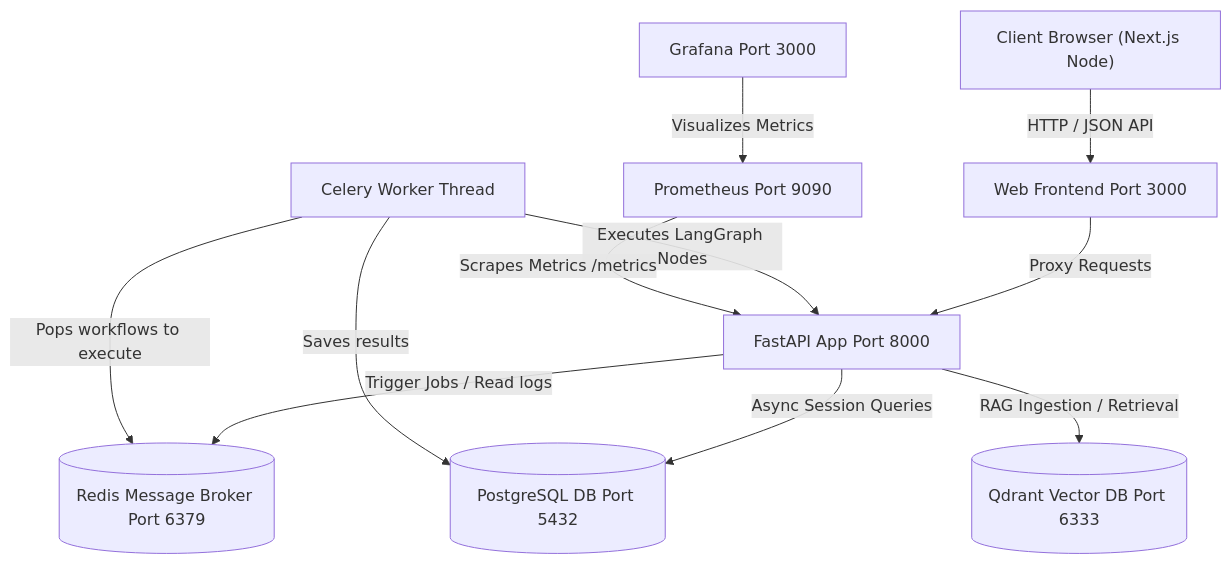
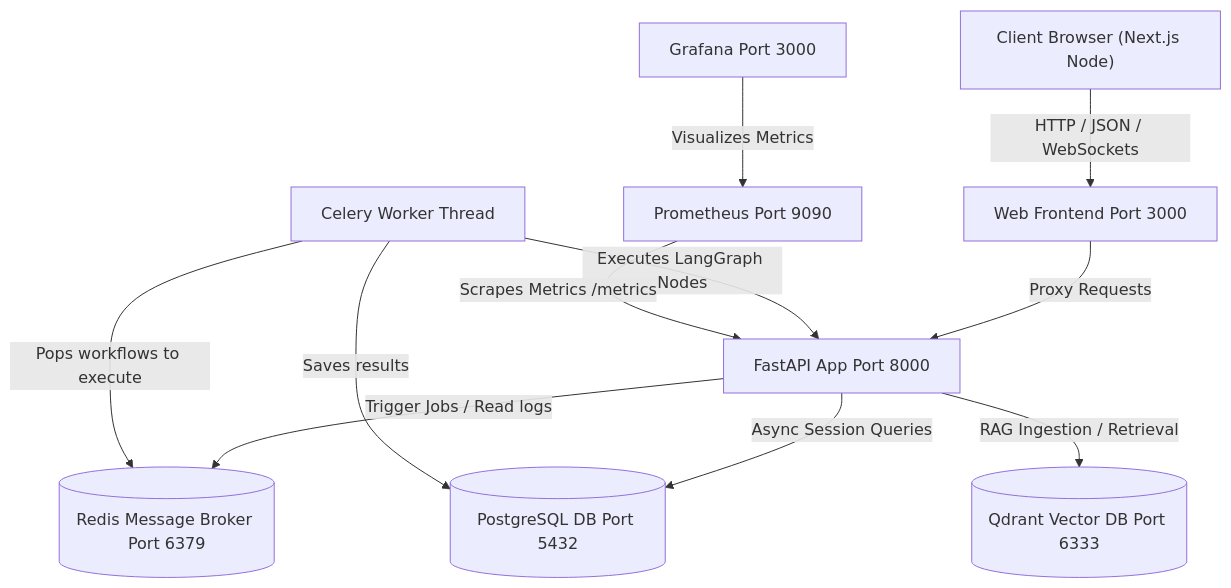
One commit to vinayiet/AI-Startup-Co-Founder-SaaS-Platform changed the first of 3 diagrams in README.md. Above: the diagram before and after it, drawn with Mermaid. The commit also changed other lines of this file and 11 other files, not shown here.

````diff
--- a/README.md
+++ b/README.md
@@ -24,23 +27,23 @@
 ```mermaid
 graph TD
     User["Client Browser (Next.js Node)"]
     Nginx["Web Frontend Port 3000"]
     API["FastAPI App Port 8000"]
     Celery["Celery Worker Thread"]
     DB[("PostgreSQL DB Port 5432")]
     Cache[("Redis Message Broker Port 6379")]
     Vector[("Qdrant Vector DB Port 6333")]
     Prometheus["Prometheus Port 9090"]
     Grafana["Grafana Port 3000"]
 
-    User -->|HTTP / JSON API| Nginx
+    User -->|HTTP / JSON / WebSockets| Nginx
     Nginx -->|Proxy Requests| API
     API -->|Async Session Queries| DB
     API -->|Trigger Jobs / Read logs| Cache
     API -->|RAG Ingestion / Retrieval| Vector
     Celery -->|Pops workflows to execute| Cache
     Celery -->|Executes LangGraph Nodes| API
     Celery -->|Saves results| DB
     Prometheus -->|Scrapes Metrics /metrics| API
     Grafana -->|Visualizes Metrics| Prometheus
 ```
````
